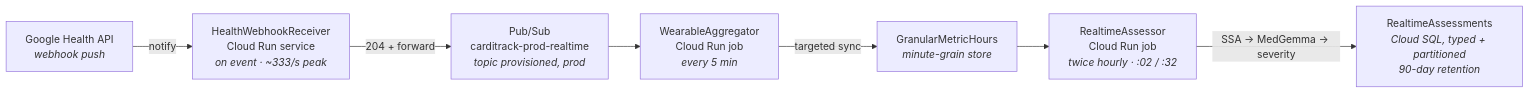
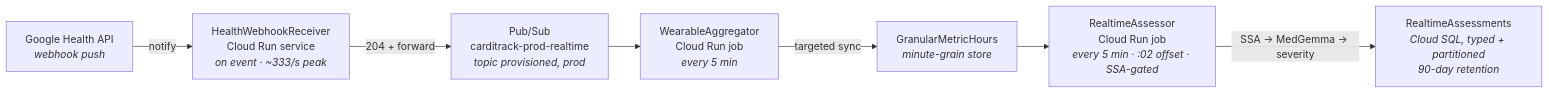
Before and after one commit to Codesistance/product-carditrack: the second of 2 diagrams in docs/technical/data_sync_architecture.md, drawn with Mermaid. The commit also changed other lines of this file and 16 other files, not shown here.

First line of the commit message:
Assess every 5 minutes, infer only on SSA jumps, and push orange/red.

````diff
--- a/docs/technical/data_sync_architecture.md
+++ b/docs/technical/data_sync_architecture.md
@@ -74,13 +74,13 @@
 ```mermaid
 flowchart LR
   P0["Google Health API<br/><i>webhook push</i>"]
   P1["HealthWebhookReceiver<br/>Cloud Run service<br/><i>on event · ~333/s peak</i>"]
   P2["Pub/Sub<br/>carditrack-prod-realtime<br/><i>topic provisioned, prod</i>"]
   P3["WearableAggregator<br/>Cloud Run job<br/><i>every 5 min</i>"]
   P5["GranularMetricHours<br/><i>minute-grain store</i>"]
-  P6["RealtimeAssessor<br/>Cloud Run job<br/><i>twice hourly · :02 / :32</i>"]
+  P6["RealtimeAssessor<br/>Cloud Run job<br/><i>every 5 min · :02 offset · SSA-gated</i>"]
   P4["RealtimeAssessments<br/><i>Cloud SQL, typed + partitioned</i><br/><i>90-day retention</i>"]
 
   P0 -->|"notify"| P1 -->|"204 + forward"| P2 --> P3 -->|"targeted sync"| P5
   P5 --> P6 -->|"SSA → MedGemma → severity"| P4
 ```
````
